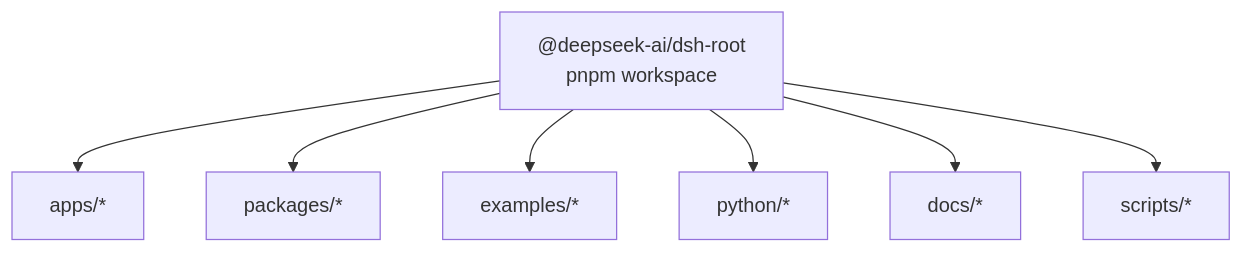
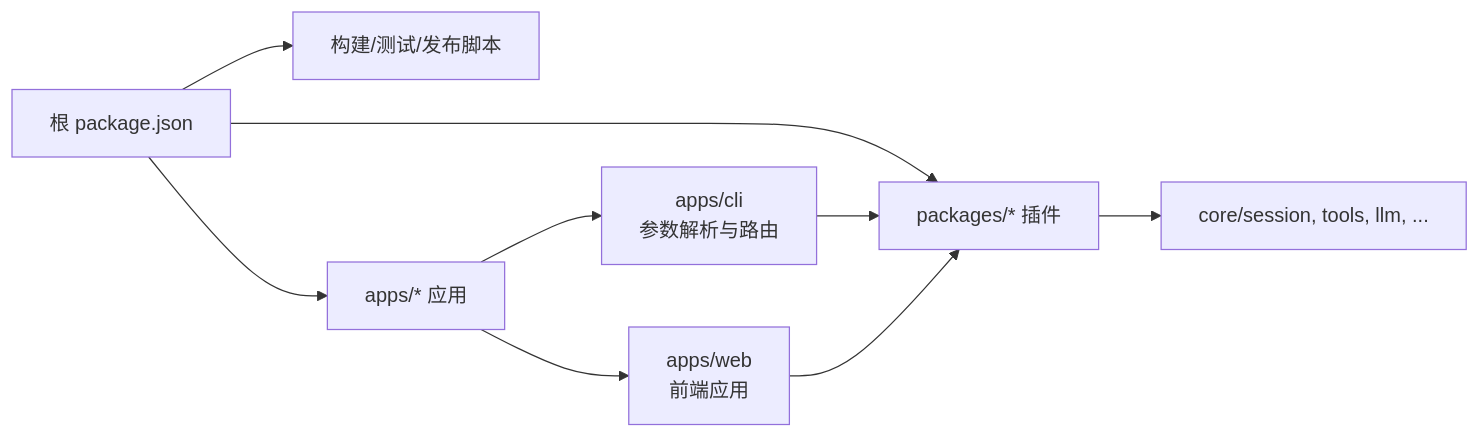
Before and after one commit to gongzili456/deepseek-harness: the seventh of 7 diagrams in .qoder/repowiki/zh/content/项目概览/项目概览.md, drawn with Mermaid. The commit also changed other lines of this file and 1001 other files, not shown here.

````diff
--- a/.qoder/repowiki/zh/content/项目概览/项目概览.md
+++ b/.qoder/repowiki/zh/content/项目概览/项目概览.md
@@ -262,9 +242,11 @@
 ```mermaid
-graph TB
-Root["@deepseek-ai/dsh-root<br/>pnpm workspace"] --> Apps["apps/*"]
-Root --> Pkgs["packages/*"]
-Root --> Ex["examples/*"]
-Root --> Py["python/*"]
-Root --> Docs["docs/*"]
-Root --> Scripts["scripts/*"]
+graph LR
+Root["根 package.json"] --> Scripts["构建/测试/发布脚本"]
+Root --> Apps["apps/* 应用"]
+Root --> Pkgs["packages/* 插件"]
+Apps --> Cli["apps/cli<br/>参数解析与路由"]
+Apps --> Web["apps/web<br/>前端应用"]
+Pkgs --> Core["core/session, tools, llm, ..."]
+Cli --> Pkgs
+Web --> Pkgs
 ```
````
